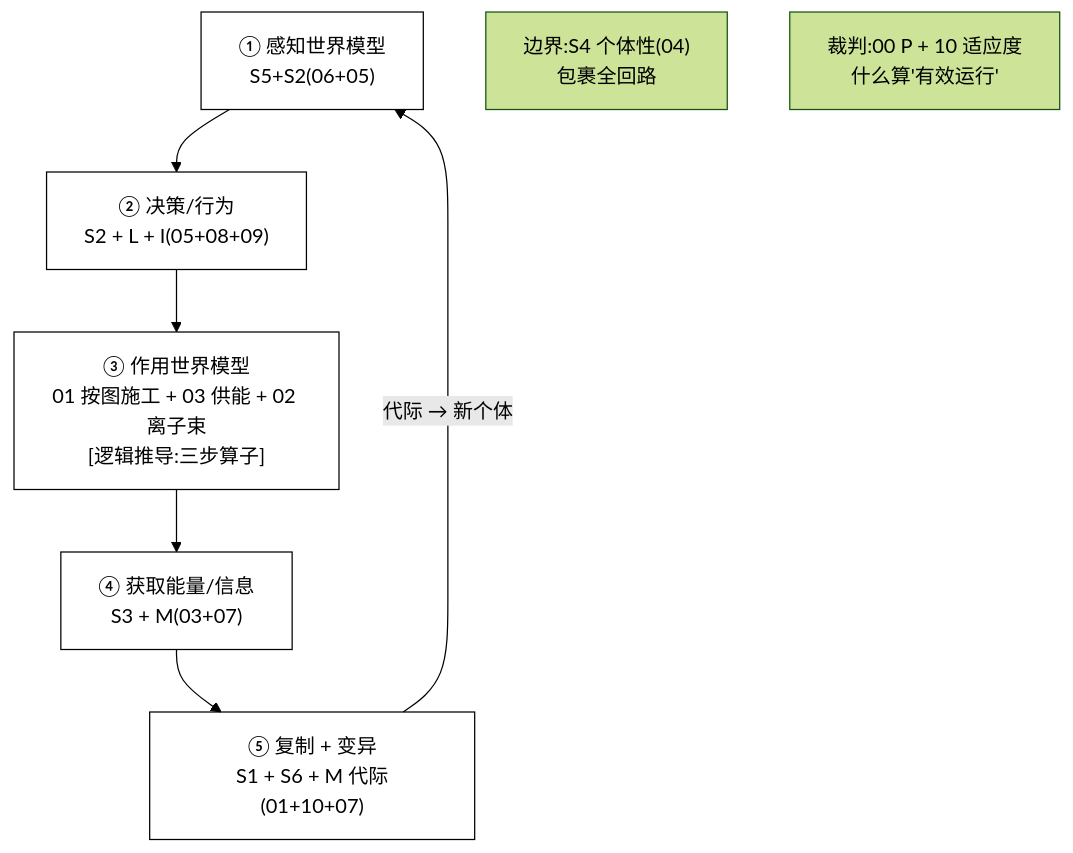
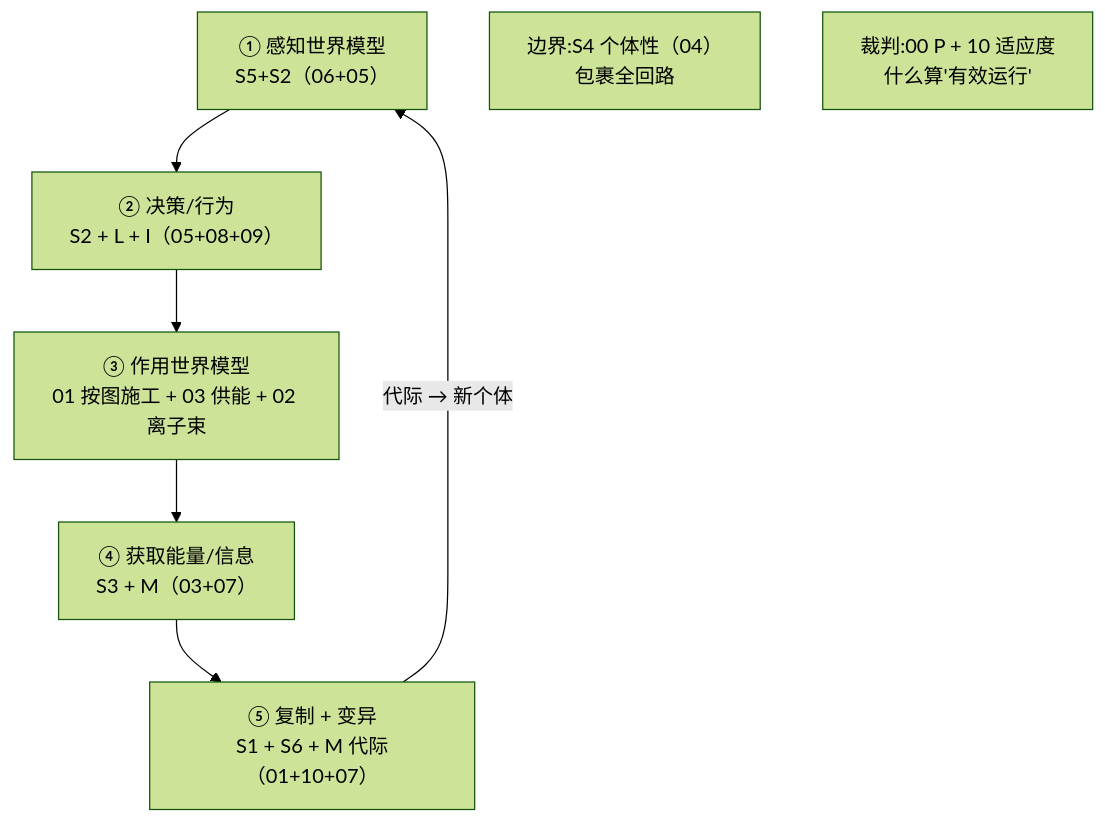
The first of 3 diagrams in zh-CN/11_系统整合_设计.md (RichardASimon/Silicon-Biological-Blueprint), drawn with Mermaid (forest theme) before and after one commit. The commit also changed other lines of this file and 23 other files, not shown here.

First line of the commit message:
docs: repair all mermaid diagrams and add emergence mechanisms with literature

````diff
--- a/zh-CN/11_系统整合_设计.md
+++ b/zh-CN/11_系统整合_设计.md
@@ -133,20 +133,15 @@
 ```mermaid
 flowchart TB
-    L1["① 感知世界模型<br/>S5+S2(06+05)<br/>"]
-    L2["② 决策/行为<br/>S2 + L + I(05+08+09)<br/>"]
-    L3["③ 作用世界模型<br/>01 按图施工 + 03 供能 + 02 离子束<br/>[逻辑推导:三步算子]"]
-    L4["④ 获取能量/信息<br/>S3 + M(03+07)<br/>"]
-    L5["⑤ 复制 + 变异<br/>S1 + S6 + M 代际(01+10+07)<br/>"]
-
+    L1["① 感知世界模型<br/>S5+S2（06+05）<br/>"]
+    L2["② 决策/行为<br/>S2 + L + I（05+08+09）<br/>"]
+    L3["③ 作用世界模型<br/>01 按图施工 + 03 供能 + 02 离子束<br/>"]
+    L4["④ 获取能量/信息<br/>S3 + M（03+07）<br/>"]
+    L5["⑤ 复制 + 变异<br/>S1 + S6 + M 代际（01+10+07）<br/>"]
     L1 --> L2
     L2 --> L3
     L3 --> L4
     L4 --> L5
     L5 -->|代际 → 新个体| L1
-
-    B["边界:S4 个体性(04)<br/>包裹全回路<br/>"]
+    B["边界:S4 个体性（04）<br/>包裹全回路<br/>"]
     C["裁判:00 P + 10 适应度<br/>什么算'有效运行'<br/>"]
-
-    classDef loop fill:transparent,stroke:currentColor,color:currentColor
-    class L1,L2,L3,L4,L5 loop
 ```
````
